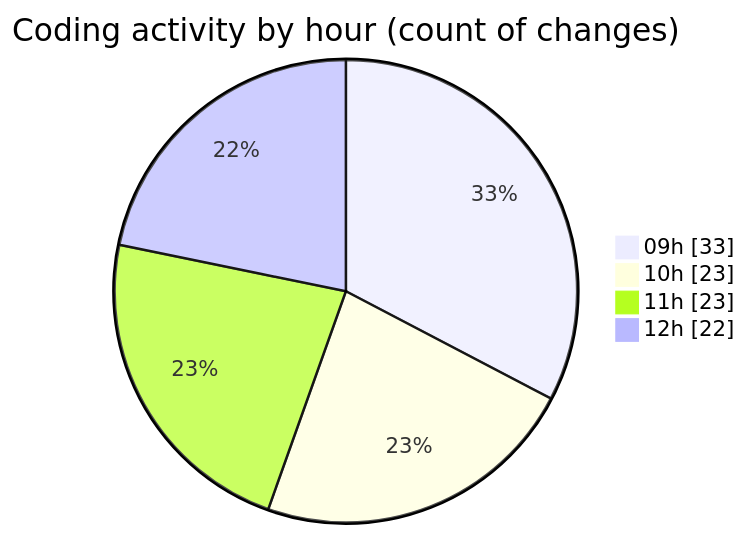
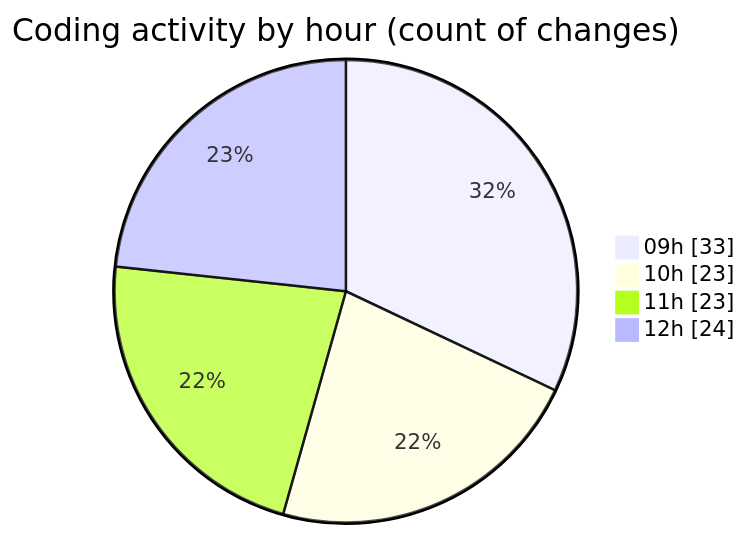
One commit to CELIANVF/code-tracking changed the second of 2 diagrams in 2025-05-20/ecodeli-1/README.md. Above: the diagram before and after it, drawn with Mermaid. The commit also changed other lines of this file and 1 other file, not shown here.

````diff
--- a/2025-05-20/ecodeli-1/README.md
+++ b/2025-05-20/ecodeli-1/README.md
@@ -67,8 +69,8 @@
 ```mermaid
 pie showData
 title Coding activity by hour (count of changes)
 "09h" : 33
 "10h" : 23
 "11h" : 23
-"12h" : 22
+"12h" : 24
 ```
````
